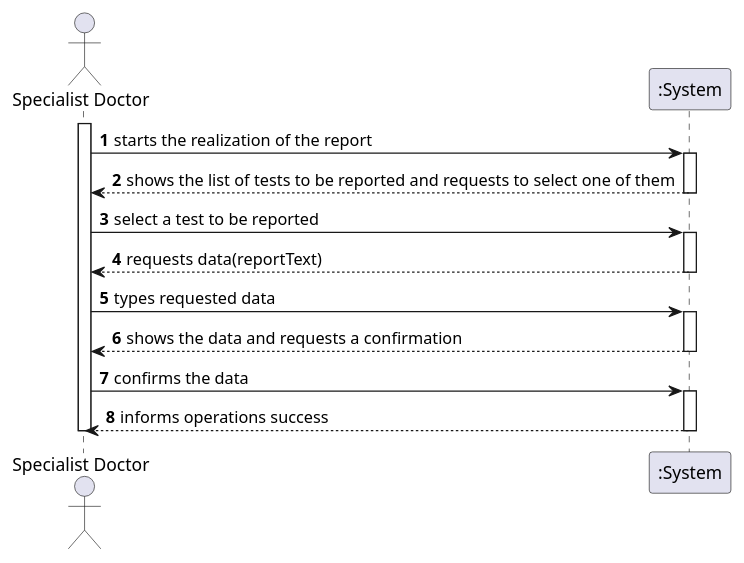
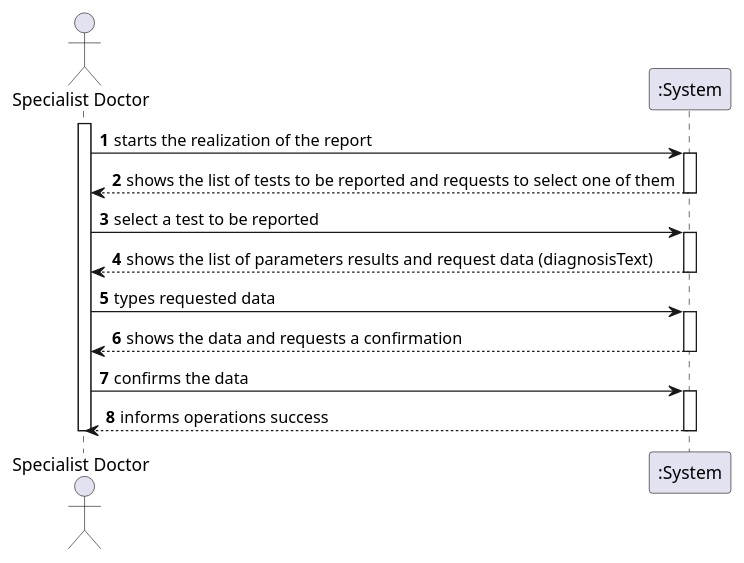
Before and after one commit to Pedromaia26/LAPR2-ISEP: the diagram in docs/SprintC/US14_MakeDiagnosisWriteReport/US014_SSD.puml, drawn with PlantUML. The commit also changed 1 other file, not shown here.

Commit message:
US14 - adding data to report in SD, confirmation data update

```diff
--- a/docs/SprintC/US14_MakeDiagnosisWriteReport/US014_SSD.puml
+++ b/docs/SprintC/US14_MakeDiagnosisWriteReport/US014_SSD.puml
@@ -1,33 +1,33 @@
 @startuml
 Actor "Specialist Doctor" as SD
 participant ":System" as SY
 
 autonumber
 
 activate SD
 SD -> SY : starts the realization of the report
 
 activate SY
 SY --> SD : shows the list of tests to be reported and requests to select one of them
 deactivate SY
 
 SD -> SY : select a test to be reported
 
 activate SY
-SY --> SD : requests data(reportText)
+SY --> SD : shows the list of parameters results and request data (diagnosisText)
 deactivate SY
 
 SD -> SY : types requested data
 
 activate SY
 SY --> SD : shows the data and requests a confirmation
 deactivate SY
 
 SD -> SY : confirms the data 
 
 activate SY
-SY --> SD : informs operations success 
+SY --> SD : informs operations success
 deactivate SY
 
 deactivate SD
 @enduml
```
